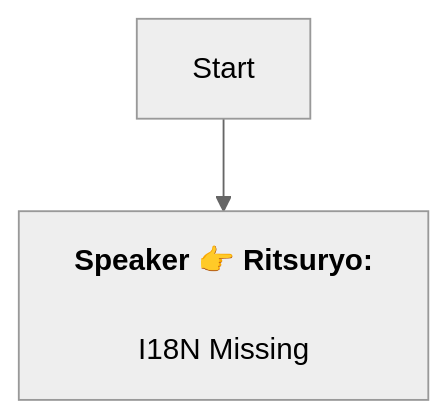
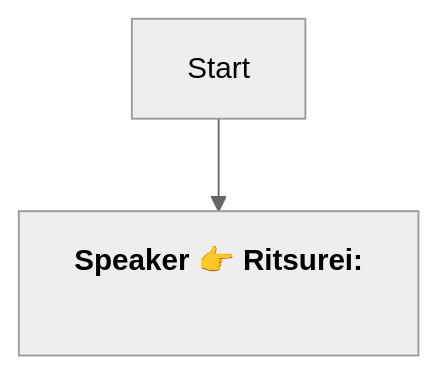
Before and after one commit to SoftHu/tos_avg: the diagram in En/BaseCombatTutorial.md, drawn with Mermaid (neutral theme). The commit also changed 737 other files, not shown here.

````diff
--- a/En/BaseCombatTutorial.md
+++ b/En/BaseCombatTutorial.md
@@ -1,7 +1,6 @@
 ```mermaid
 graph
-Start -->1772535199059113[<b>Speaker 👉 Ritsuryo:</b>
+Start -->1772535199059113[<b>Speaker 👉 Ritsurei:</b>
+\n]
 
-I18N Missing]
-
- ```
+```
````
